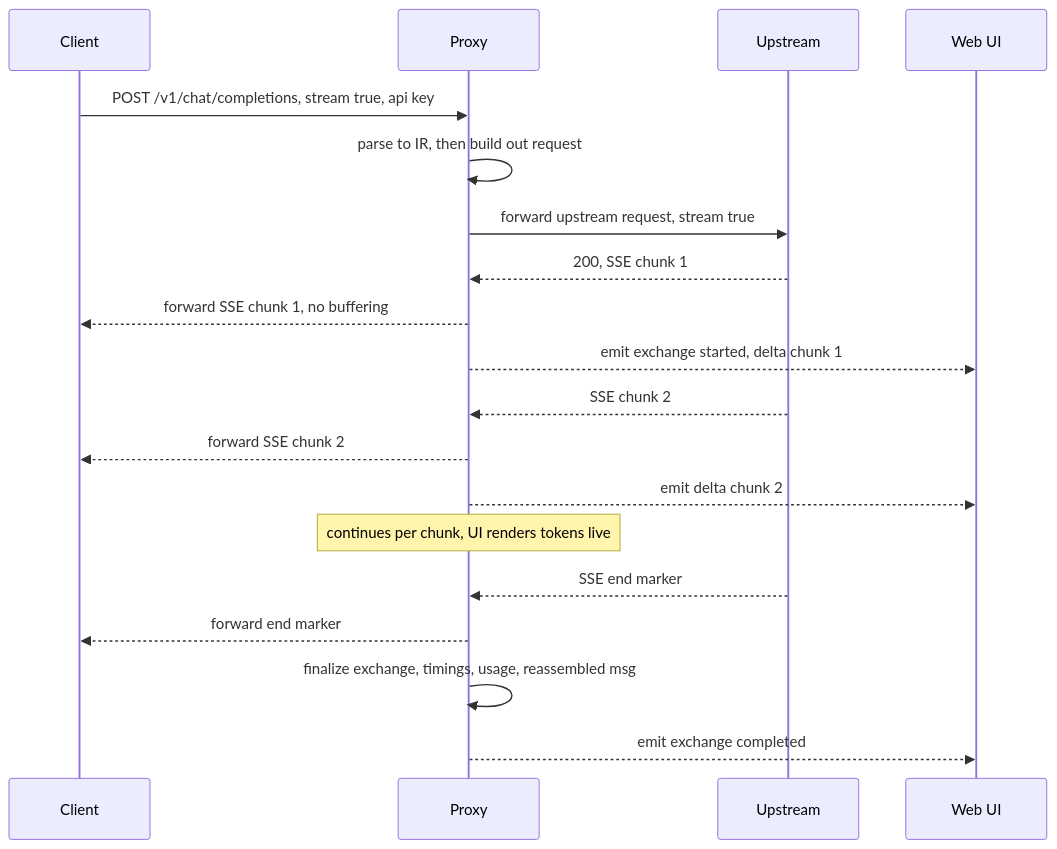
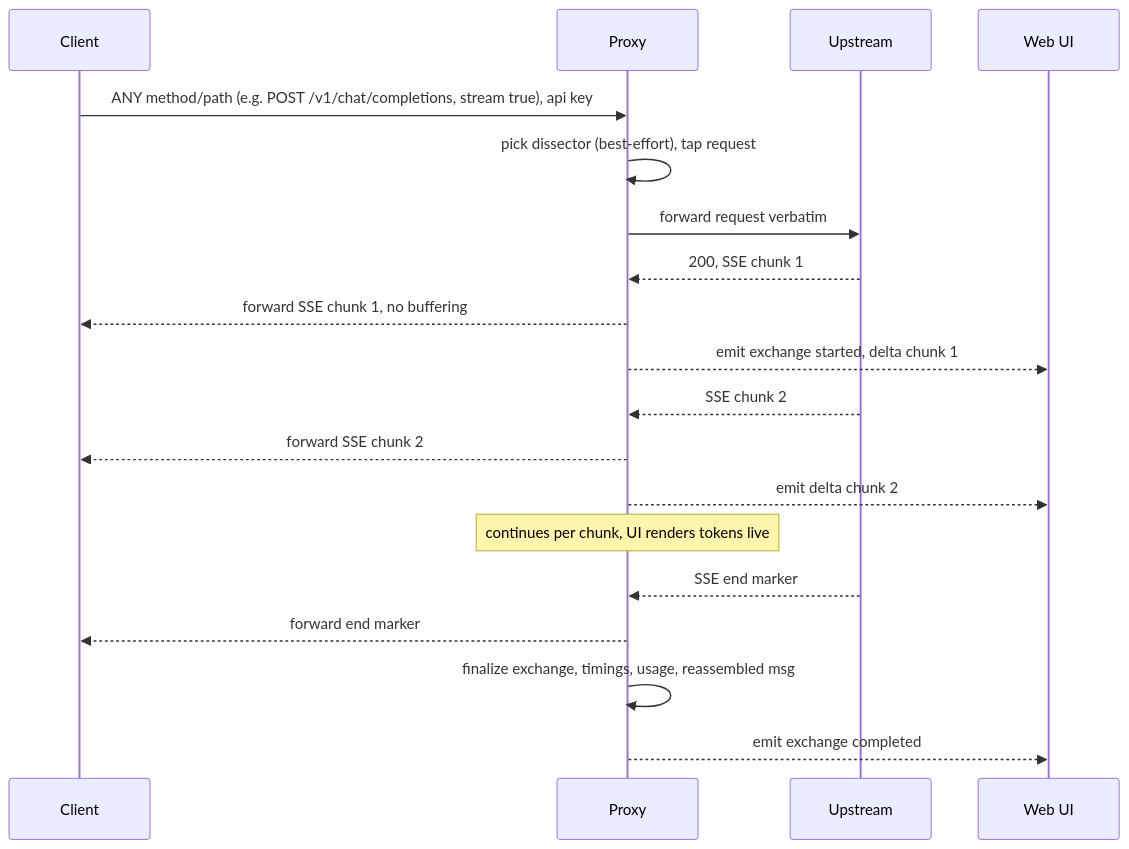
Before and after one commit to mill1000/llm-mitm-proxy: the second of 2 diagrams in PLAN.md, drawn with Mermaid. The commit also changed other lines of this file, not shown here.

````diff
--- a/PLAN.md
+++ b/PLAN.md
@@ -107,22 +107,22 @@
 ```mermaid
 sequenceDiagram
     participant C as Client
     participant P as Proxy
     participant U as Upstream
     participant UI as Web UI
 
-    C->>P: POST /v1/chat/completions, stream true, api key
-    P->>P: parse to IR, then build out request
-    P->>U: forward upstream request, stream true
+    C->>P: ANY method/path (e.g. POST /v1/chat/completions, stream true), api key
+    P->>P: pick dissector (best-effort), tap request
+    P->>U: forward request verbatim
     U-->>P: 200, SSE chunk 1
     P-->>C: forward SSE chunk 1, no buffering
     P-->>UI: emit exchange started, delta chunk 1
     U-->>P: SSE chunk 2
     P-->>C: forward SSE chunk 2
     P-->>UI: emit delta chunk 2
     Note over P: continues per chunk, UI renders tokens live
     U-->>P: SSE end marker
     P-->>C: forward end marker
     P->>P: finalize exchange, timings, usage, reassembled msg
     P-->>UI: emit exchange completed
 ```
````
